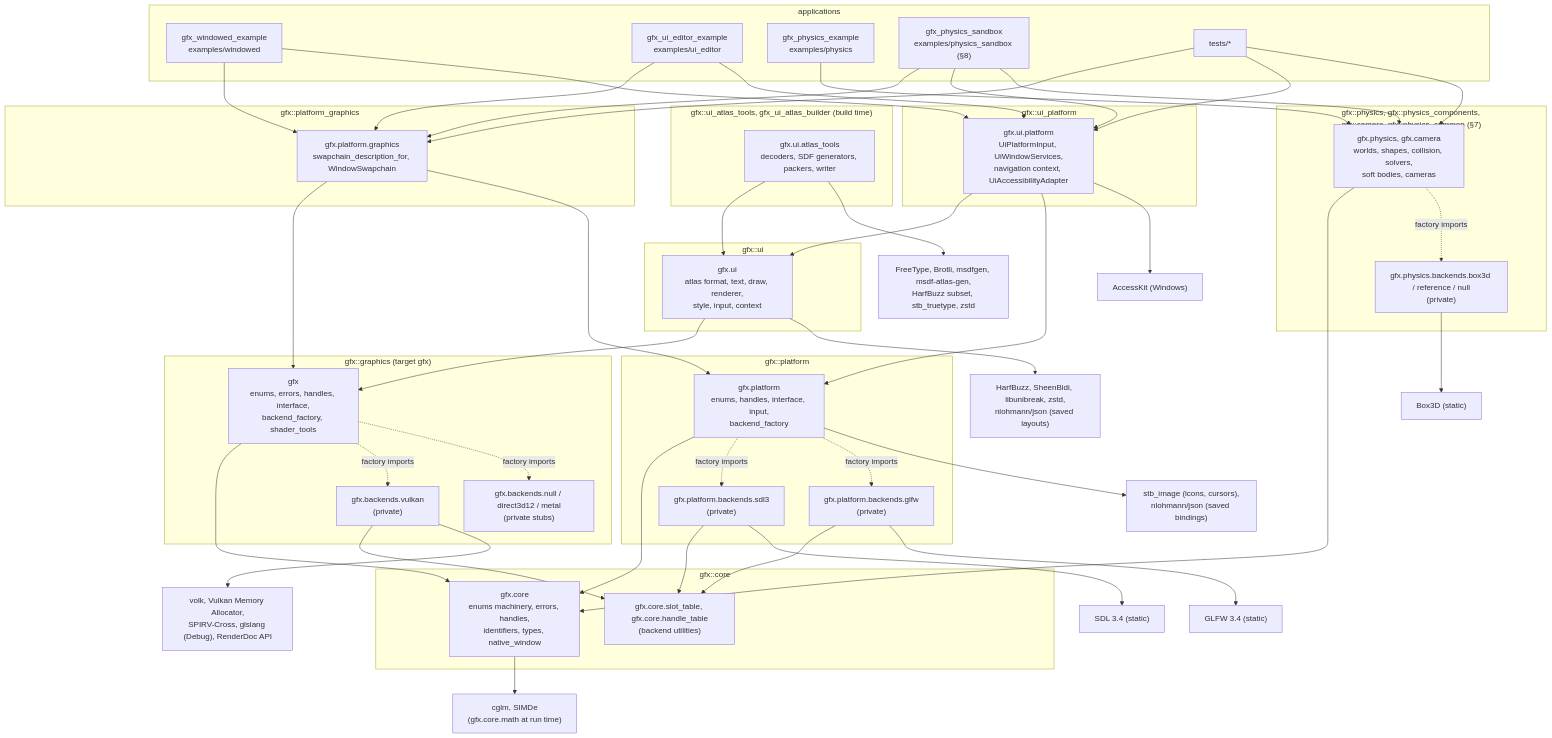
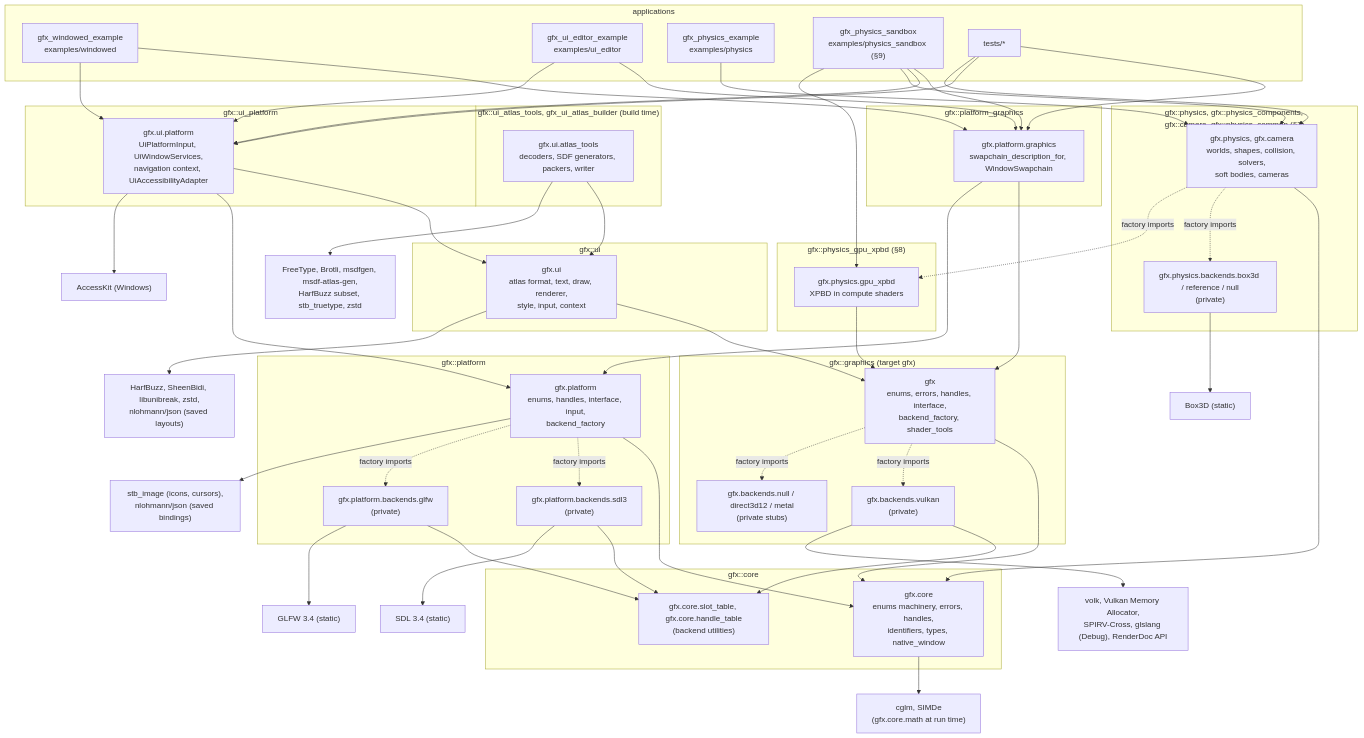
Before and after one commit to bueno-mhc/gfx: the first of 37 diagrams in docs/architecture.md, drawn with Mermaid. The commit also changed other lines of this file and 10 other files, not shown here.

```diff
--- a/docs/architecture.md
+++ b/docs/architecture.md
@@ -24,7 +25,7 @@
         example["gfx_windowed_example<br/>examples/windowed"]
         editor["gfx_ui_editor_example<br/>examples/ui_editor"]
         physics_example["gfx_physics_example<br/>examples/physics"]
-        sandbox["gfx_physics_sandbox<br/>examples/physics_sandbox (§8)"]
+        sandbox["gfx_physics_sandbox<br/>examples/physics_sandbox (§9)"]
         tests["tests/*"]
     end
     subgraph ui_platform_lib["gfx::ui_platform"]
@@ -53,6 +54,9 @@
         physics_modules["gfx.physics, gfx.camera<br/>worlds, shapes, collision, solvers,<br/>soft bodies, cameras"]
         physics_backends["gfx.physics.backends.box3d / reference / null<br/>(private)"]
     end
+    subgraph gpu_physics_lib["gfx::physics_gpu_xpbd (§8)"]
+        gpu_physics["gfx.physics.gpu_xpbd<br/>XPBD in compute shaders"]
+    end
     subgraph core_lib["gfx::core"]
         core["gfx.core<br/>enums machinery, errors, handles,<br/>identifiers, types, native_window"]
         tables["gfx.core.slot_table, gfx.core.handle_table<br/>(backend utilities)"]
@@ -71,6 +75,9 @@
     physics_modules --> core
     physics_modules -.->|factory imports| physics_backends
     physics_backends --> third_box3d["Box3D (static)"]
+    physics_modules -.->|factory imports| gpu_physics
+    sandbox --> gpu_physics
+    gpu_physics --> gfx_module
     core --> third_math["cglm, SIMDe<br/>(gfx.core.math at run time)"]
     ui_platform --> ui
     ui_platform --> platform_module
```
